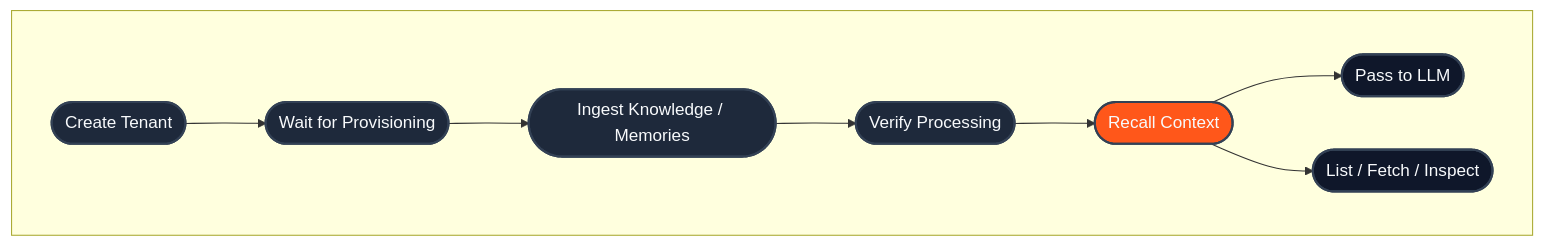
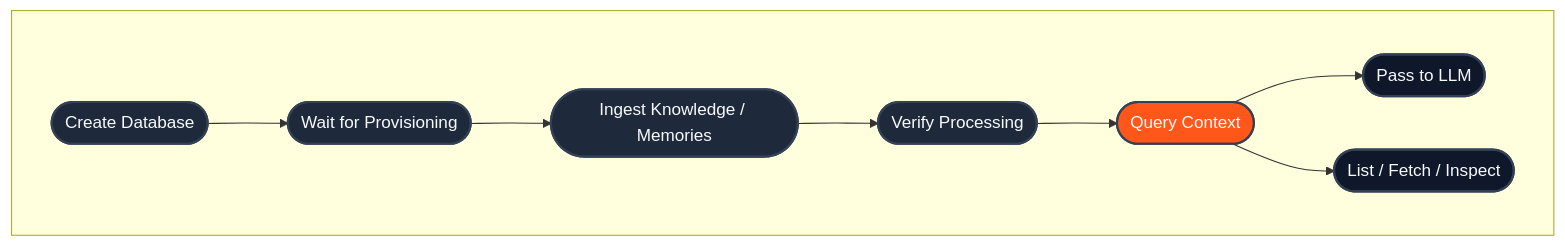
Before and after one commit to hydra-db/mintlify-docs: the diagram in api-reference/index.mdx, drawn with Mermaid. The commit also changed other lines of this file and 193 other files, not shown here.

````diff
--- a/api-reference/index.mdx
+++ b/api-reference/index.mdx
@@ -32,21 +17,21 @@
 ```mermaid
 flowchart LR
 
-    subgraph Tenant Lifecycle [" "]
+    subgraph Database Lifecycle [" "]
       direction LR
-      A([Create Tenant])-->B([Wait for Provisioning])
+      A([Create Database])-->B([Wait for Provisioning])
       B-->C([Ingest Knowledge / Memories])
       C-->D([Verify Processing])
-      D-->E([Recall Context])
+      D-->E([Query Context])
       E-->F([Pass to LLM])
       E-->G([List / Fetch / Inspect])
     end
 
     style A fill:#1e293b,stroke:#334155,stroke-width:2px,color:#f8fafc
     style B fill:#1e293b,stroke:#334155,stroke-width:2px,color:#f8fafc
     style C fill:#1e293b,stroke:#334155,stroke-width:2px,color:#f8fafc
     style D fill:#1e293b,stroke:#334155,stroke-width:2px,color:#f8fafc
     style E fill:#FF571A,stroke:#334155,stroke-width:2px,color:#f8fafc
     style F fill:#0f172a,stroke:#334155,stroke-width:2px,color:#f8fafc
     style G fill:#0f172a,stroke:#334155,stroke-width:2px,color:#f8fafc
 ```
````
